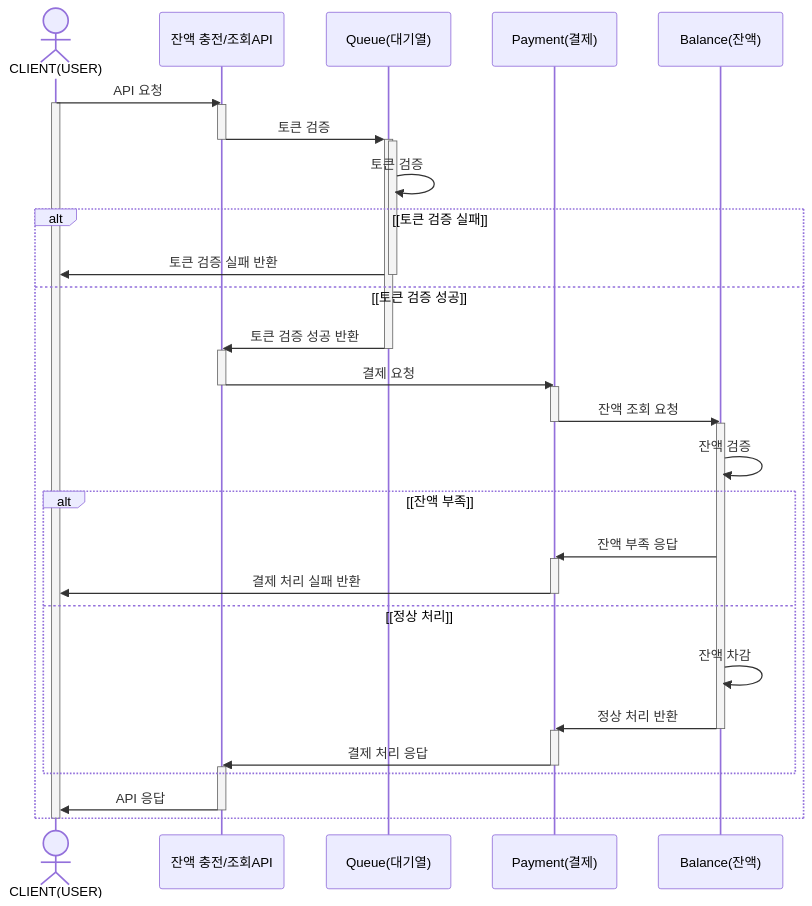
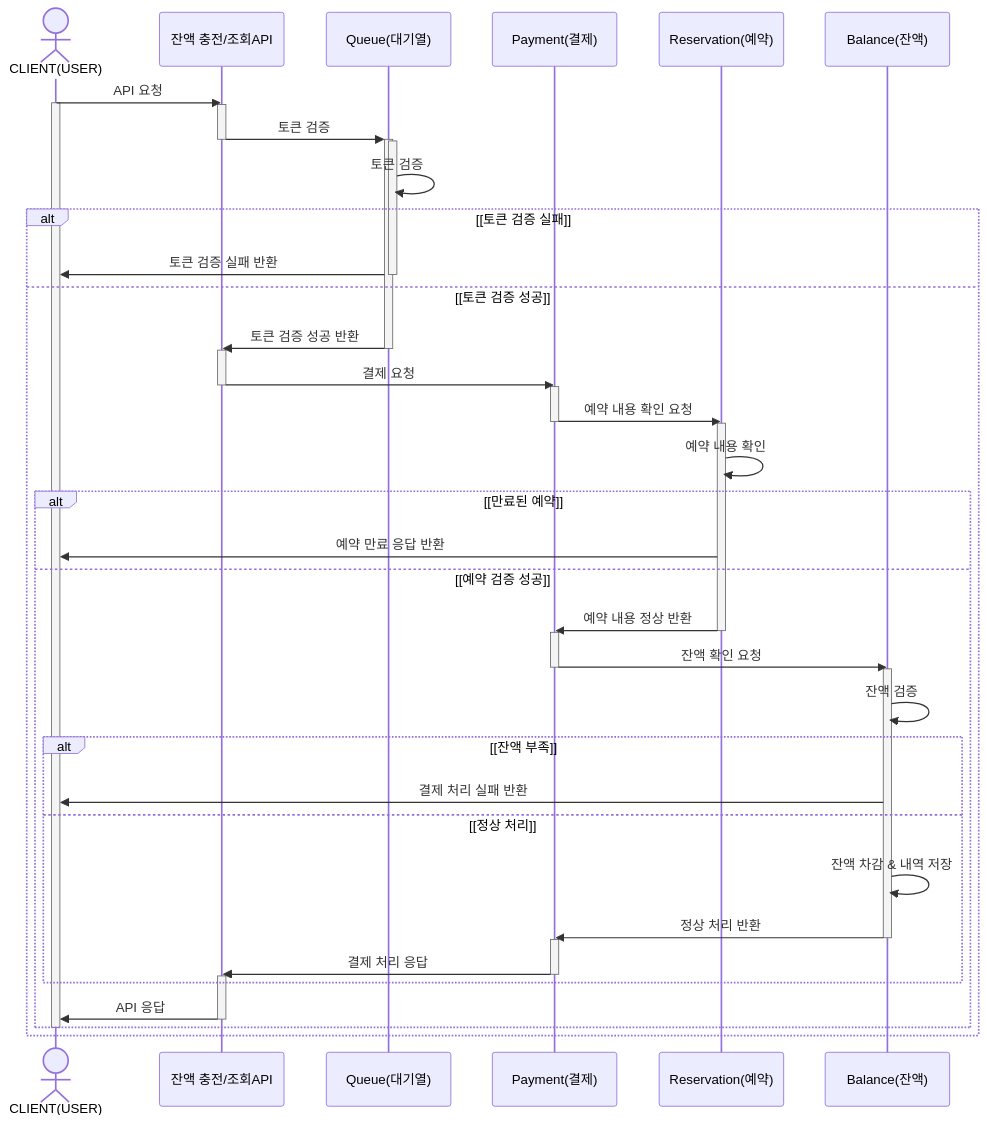
Before and after one commit to wn1331/Concert-Reservation-Service: the fifth of 6 diagrams in README.md, drawn with Mermaid. The commit also changed other lines of this file, not shown here.

Commit message:
feat : 결제API 시퀀스 다이어그램 수정, 토큰 상태 반환 API 시퀀스 다이어그램 추가, 설명 추가

````diff
--- a/README.md
+++ b/README.md
@@ -157,53 +177,58 @@
 ```mermaid
 sequenceDiagram
-  actor CLIENT as CLIENT(USER)
-  participant API as 잔액 충전/조회API
-  participant Queue as Queue(대기열)
-  participant Payment as Payment(결제)
-  participant Balance as Balance(잔액)
-  CLIENT ->> API: API 요청
-  activate CLIENT
-  activate API
-  API ->>+ Queue: 토큰 검증
-  deactivate API
-  activate Queue
-  Queue ->> Queue: 토큰 검증
+    actor CLIENT as CLIENT(USER)
+    participant API as 잔액 충전/조회API
+    participant Queue as Queue(대기열)
+    participant Payment as Payment(결제)
+    participant Reservation as Reservation(예약)
+    participant Balance as Balance(잔액)
+    CLIENT ->> API: API 요청
+    activate CLIENT
+    activate API
+    API ->>+ Queue: 토큰 검증
+    deactivate API
+    activate Queue
+    Queue ->> Queue: 토큰 검증
 
-  alt [토큰 검증 실패]
-    Queue ->> CLIENT: 토큰 검증 실패 반환
-    deactivate Queue
-  else [토큰 검증 성공]
+    alt [토큰 검증 실패]
+        Queue ->> CLIENT: 토큰 검증 실패 반환
+        deactivate Queue
+    else [토큰 검증 성공]
+        Queue ->> API: 토큰 검증 성공 반환
+        deactivate Queue
+        activate API
+        API ->> Payment: 결제 요청
+        deactivate API
+        activate Payment
+        Payment ->> Reservation: 예약 내용 확인 요청
+        deactivate Payment
+        activate Reservation
+        Reservation ->> Reservation: 예약 내용 확인
+        alt [만료된 예약]
+            Reservation ->> CLIENT: 예약 만료 응답 반환
+        else [예약 검증 성공]
+            Reservation ->> Payment: 예약 내용 정상 반환
+            deactivate Reservation
+            activate Payment
+            Payment ->> Balance: 잔액 확인 요청
+            deactivate Payment
+            activate Balance
+            Balance ->> Balance: 잔액 검증
+            alt [잔액 부족]
+                Balance ->> CLIENT: 결제 처리 실패 반환
+            else [정상 처리]
+                Balance ->> Balance: 잔액 차감 & 내역 저장
+                Balance ->> Payment: 정상 처리 반환
+                deactivate Balance
+                activate Payment
+                Payment ->> API: 결제 처리 응답
+                deactivate Payment
+                activate API
+            end
 
-    Queue ->> API: 토큰 검증 성공 반환
-    deactivate Queue
-    activate API
-    API ->> Payment: 결제 요청
-    deactivate API
-    activate Payment
-    Payment ->> Balance: 잔액 조회 요청
-    deactivate Payment
-    activate Balance
-    Balance ->> Balance: 잔액 검증
-    alt [잔액 부족]
-
-        Balance ->> Payment: 잔액 부족 응답
-        activate Payment
-        Payment ->> CLIENT: 결제 처리 실패 반환
-        deactivate Payment
-    else [정상 처리]
-        Balance ->> Balance: 잔액 차감
-        
-        Balance ->> Payment: 정상 처리 반환
-        deactivate Balance
-        activate Payment
-        
-        Payment ->> API: 결제 처리 응답
-        deactivate Payment
-    activate API
+            API ->> CLIENT: API 응답
+            deactivate API
+        end
+        deactivate CLIENT
     end
-
-    API ->> CLIENT: API 응답
-    deactivate API
-  end
-  deactivate CLIENT
 ```
````
